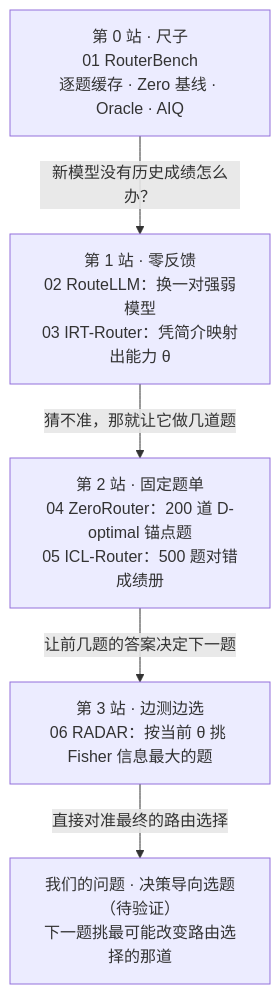
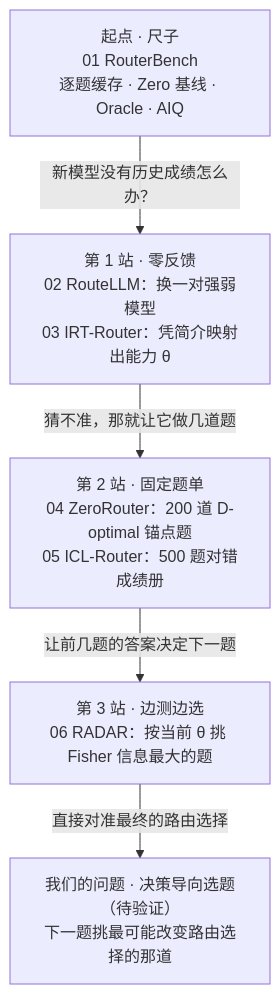
The diagram in papers/llm-routing/README.md (c0dezhou/dl_learning), drawn with Mermaid before and after one commit. The commit also changed other lines of this file and 6 other files, not shown here.

````diff
--- a/papers/llm-routing/README.md
+++ b/papers/llm-routing/README.md
@@ -7,12 +114,12 @@
 ```mermaid
 flowchart TD
-    A["第 0 站 · 尺子<br/>01 RouterBench<br/>逐题缓存 · Zero 基线 · Oracle · AIQ"]
+    A["起点 · 尺子<br/>01 RouterBench<br/>逐题缓存 · Zero 基线 · Oracle · AIQ"]
     B["第 1 站 · 零反馈<br/>02 RouteLLM：换一对强弱模型<br/>03 IRT-Router：凭简介映射出能力 θ"]
     C["第 2 站 · 固定题单<br/>04 ZeroRouter：200 道 D-optimal 锚点题<br/>05 ICL-Router：500 题对错成绩册"]
     D["第 3 站 · 边测边选<br/>06 RADAR：按当前 θ 挑 Fisher 信息最大的题"]
     E["我们的问题 · 决策导向选题（待验证）<br/>下一题挑最可能改变路由选择的那道"]
     A -- "新模型没有历史成绩怎么办？" --> B
     B -- "猜不准，那就让它做几道题" --> C
     C -- "让前几题的答案决定下一题" --> D
     D -- "直接对准最终的路由选择" --> E
 ```
````
